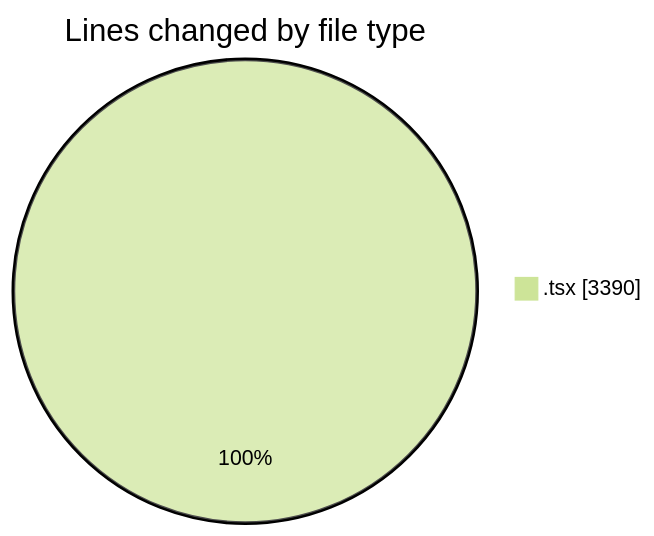
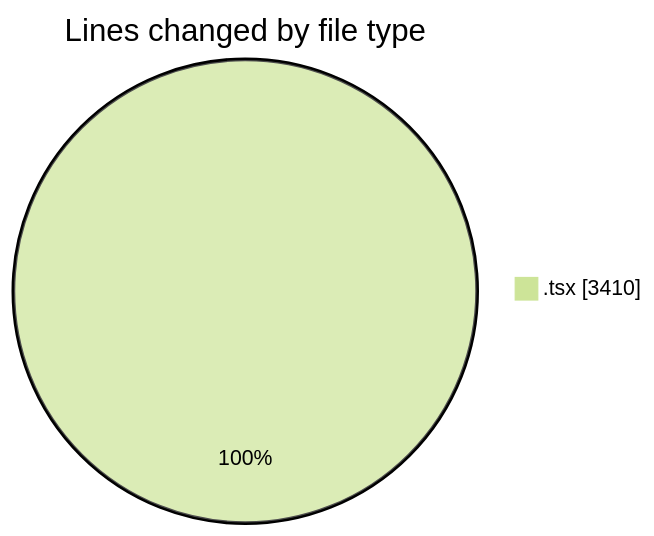
The first of 2 diagrams in 2026-06-08/nxtqube_webapp/README.md (nxtqubesakshisongat/code-tracking), drawn with Mermaid (forest theme) before and after one commit. The commit also changed other lines of this file and 1 other file, not shown here.

````diff
--- a/2026-06-08/nxtqube_webapp/README.md
+++ b/2026-06-08/nxtqube_webapp/README.md
@@ -24,5 +24,5 @@
 ```mermaid
 pie showData
 title Lines changed by file type
-".tsx" : 3390
+".tsx" : 3410
 ```
````
